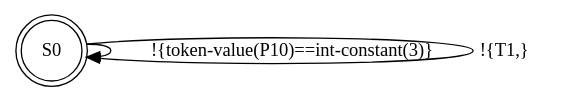
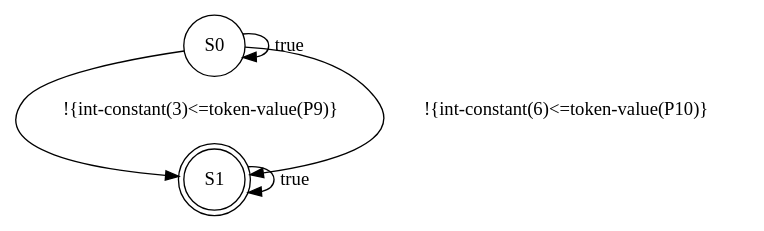
Before and after one commit to ccisman/DAMER: the diagram in cmake-build-debug/BA.dot, drawn with Graphviz. The commit also changed 84 other files, not shown here.

```diff
--- a/cmake-build-debug/BA.dot
+++ b/cmake-build-debug/BA.dot
@@ -1,6 +1,9 @@
 digraph BA {
-	S0 [shape=doublecircle]
+	S0 [shape=circle]
+	S1 [shape=doublecircle]
 
-	S0->S0 [label="!{token-value(P10)==int-constant(3)}"]
-	S0->S0 [label="!{T1,}"]
+	S0->S1 [label="!{int-constant(3)<=token-value(P9)}"]
+	S0->S1 [label="!{int-constant(6)<=token-value(P10)}"]
+	S0->S0 [label="true"]
+	S1->S1 [label="true"]
 }
```
